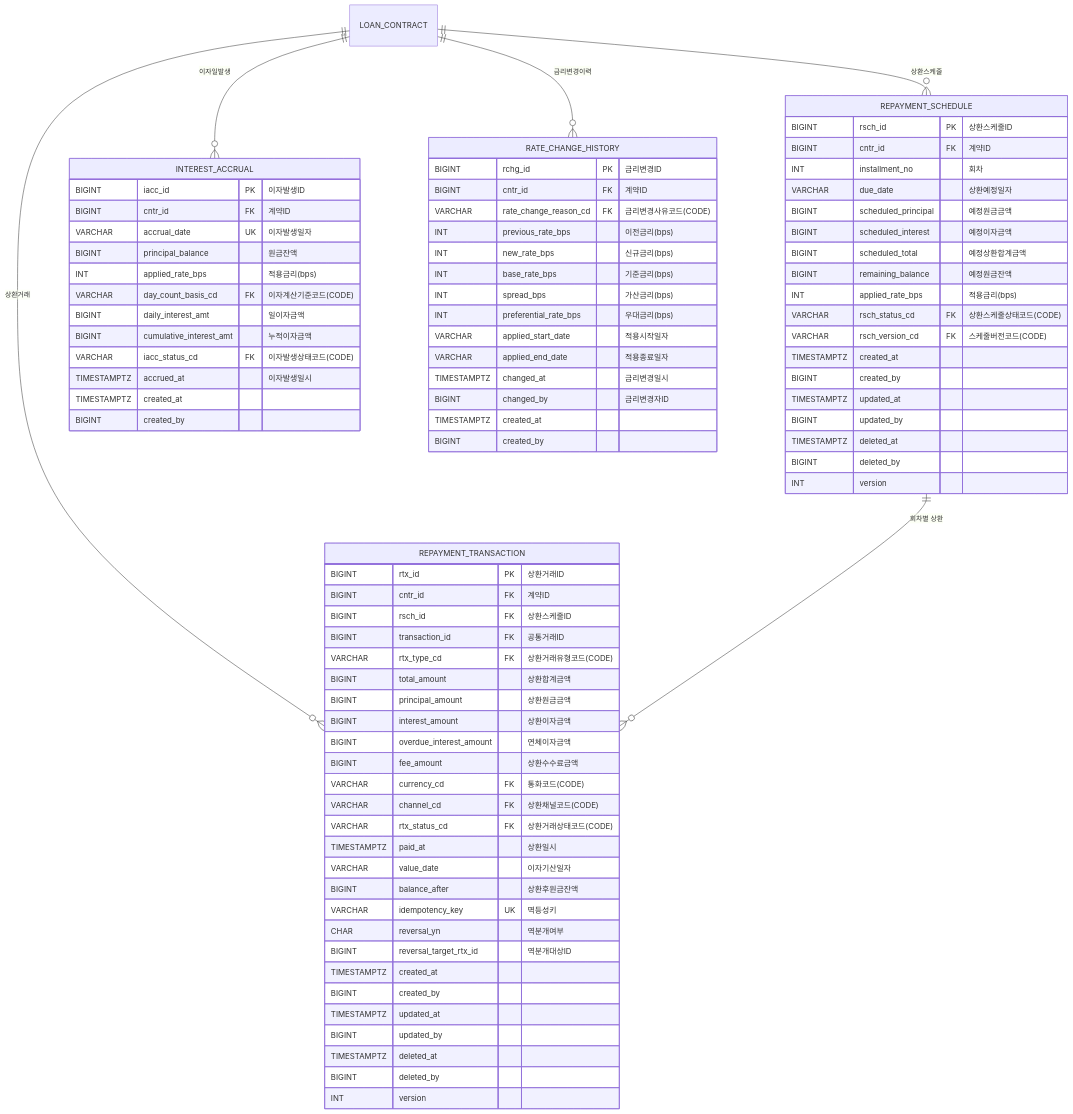
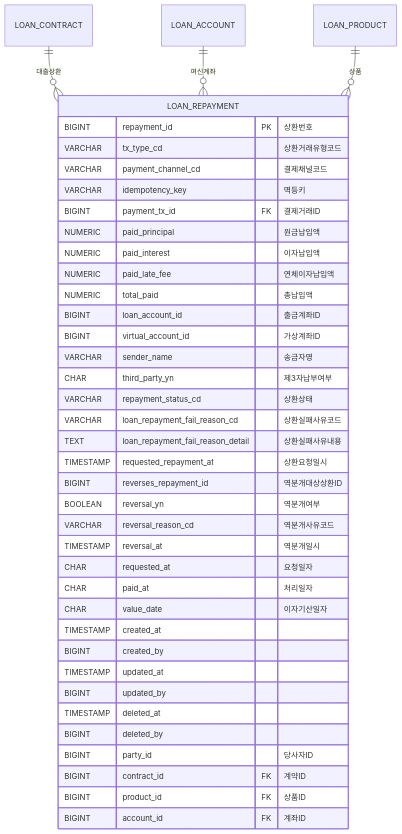
Before and after one commit to asitwas729/internet_banking: the sixth of 8 diagrams in docs/loan_erd.md, drawn with Mermaid. The commit also changed other lines of this file and 106 other files, not shown here.

````diff
--- a/docs/loan_erd.md
+++ b/docs/loan_erd.md
@@ -648,90 +256,43 @@
 ```mermaid
 erDiagram
-    REPAYMENT_SCHEDULE {
-        BIGINT rsch_id PK "상환스케줄ID"
-        BIGINT cntr_id FK "계약ID"
-        INT installment_no "회차"
-        VARCHAR due_date "상환예정일자"
-        BIGINT scheduled_principal "예정원금금액"
-        BIGINT scheduled_interest "예정이자금액"
-        BIGINT scheduled_total "예정상환합계금액"
-        BIGINT remaining_balance "예정원금잔액"
-        INT applied_rate_bps "적용금리(bps)"
-        VARCHAR rsch_status_cd FK "상환스케줄상태코드(CODE)"
-        VARCHAR rsch_version_cd FK "스케줄버전코드(CODE)"
-        TIMESTAMPTZ created_at
+    LOAN_REPAYMENT {
+        BIGINT repayment_id PK "상환번호"
+        VARCHAR tx_type_cd "상환거래유형코드"
+        VARCHAR payment_channel_cd "결제채널코드"
+        VARCHAR idempotency_key "멱등키"
+        BIGINT payment_tx_id FK "결제거래ID"
+        NUMERIC paid_principal "원금납입액"
+        NUMERIC paid_interest "이자납입액"
+        NUMERIC paid_late_fee "연체이자납입액"
+        NUMERIC total_paid "총납입액"
+        BIGINT loan_account_id "출금계좌ID"
+        BIGINT virtual_account_id "가상계좌ID"
+        VARCHAR sender_name "송금자명"
+        CHAR third_party_yn "제3자납부여부"
+        VARCHAR repayment_status_cd "상환상태"
+        VARCHAR loan_repayment_fail_reason_cd "상환실패사유코드"
+        TEXT loan_repayment_fail_reason_detail "상환실패사유내용"
+        TIMESTAMP requested_repayment_at "상환요청일시"
+        BIGINT reverses_repayment_id "역분개대상상환ID"
+        BOOLEAN reversal_yn "역분개여부"
+        VARCHAR reversal_reason_cd "역분개사유코드"
+        TIMESTAMP reversal_at "역분개일시"
+        CHAR requested_at "요청일자"
+        CHAR paid_at "처리일자"
+        CHAR value_date "이자기산일자"
+        TIMESTAMP created_at
         BIGINT created_by
-        TIMESTAMPTZ updated_at
+        TIMESTAMP updated_at
         BIGINT updated_by
-        TIMESTAMPTZ deleted_at
+        TIMESTAMP deleted_at
         BIGINT deleted_by
-        INT version
+        BIGINT party_id "당사자ID"
+        BIGINT contract_id FK "계약ID"
+        BIGINT product_id FK "상품ID"
+        BIGINT account_id FK "계좌ID"
     }
 
-    INTEREST_ACCRUAL {
-        BIGINT iacc_id PK "이자발생ID"
-        BIGINT cntr_id FK "계약ID"
-        VARCHAR accrual_date UK "이자발생일자"
-        BIGINT principal_balance "원금잔액"
-        INT applied_rate_bps "적용금리(bps)"
-        VARCHAR day_count_basis_cd FK "이자계산기준코드(CODE)"
-        BIGINT daily_interest_amt "일이자금액"
-        BIGINT cumulative_interest_amt "누적이자금액"
-        VARCHAR iacc_status_cd FK "이자발생상태코드(CODE)"
-        TIMESTAMPTZ accrued_at "이자발생일시"
-        TIMESTAMPTZ created_at
-        BIGINT created_by
-    }
-
-    REPAYMENT_TRANSACTION {
-        BIGINT rtx_id PK "상환거래ID"
-        BIGINT cntr_id FK "계약ID"
-        BIGINT rsch_id FK "상환스케줄ID"
-        BIGINT transaction_id FK "공통거래ID"
-        VARCHAR rtx_type_cd FK "상환거래유형코드(CODE)"
-        BIGINT total_amount "상환합계금액"
-        BIGINT principal_amount "상환원금금액"
-        BIGINT interest_amount "상환이자금액"
-        BIGINT overdue_interest_amount "연체이자금액"
-        BIGINT fee_amount "상환수수료금액"
-        VARCHAR currency_cd FK "통화코드(CODE)"
-        VARCHAR channel_cd FK "상환채널코드(CODE)"
-        VARCHAR rtx_status_cd FK "상환거래상태코드(CODE)"
-        TIMESTAMPTZ paid_at "상환일시"
-        VARCHAR value_date "이자기산일자"
-        BIGINT balance_after "상환후원금잔액"
-        VARCHAR idempotency_key UK "멱등성키"
-        CHAR reversal_yn "역분개여부"
-        BIGINT reversal_target_rtx_id "역분개대상ID"
-        TIMESTAMPTZ created_at
-        BIGINT created_by
-        TIMESTAMPTZ updated_at
-        BIGINT updated_by
-        TIMESTAMPTZ deleted_at
-        BIGINT deleted_by
-        INT version
-    }
-
-    RATE_CHANGE_HISTORY {
-        BIGINT rchg_id PK "금리변경ID"
-        BIGINT cntr_id FK "계약ID"
-        VARCHAR rate_change_reason_cd FK "금리변경사유코드(CODE)"
-        INT previous_rate_bps "이전금리(bps)"
-        INT new_rate_bps "신규금리(bps)"
-        INT base_rate_bps "기준금리(bps)"
-        INT spread_bps "가산금리(bps)"
-        INT preferential_rate_bps "우대금리(bps)"
-        VARCHAR applied_start_date "적용시작일자"
-        VARCHAR applied_end_date "적용종료일자"
-        TIMESTAMPTZ changed_at "금리변경일시"
-        BIGINT changed_by "금리변경자ID"
-        TIMESTAMPTZ created_at
-        BIGINT created_by
-    }
-
-    LOAN_CONTRACT ||--o{ REPAYMENT_SCHEDULE : "상환스케줄"
-    LOAN_CONTRACT ||--o{ INTEREST_ACCRUAL : "이자일발생"
-    LOAN_CONTRACT ||--o{ REPAYMENT_TRANSACTION : "상환거래"
-    REPAYMENT_SCHEDULE ||--o{ REPAYMENT_TRANSACTION : "회차별 상환"
-    LOAN_CONTRACT ||--o{ RATE_CHANGE_HISTORY : "금리변경이력"
+    LOAN_CONTRACT ||--o{ LOAN_REPAYMENT : "대출상환"
+    LOAN_ACCOUNT ||--o{ LOAN_REPAYMENT : "여신계좌"
+    LOAN_PRODUCT ||--o{ LOAN_REPAYMENT : "상품"
 ```
````
